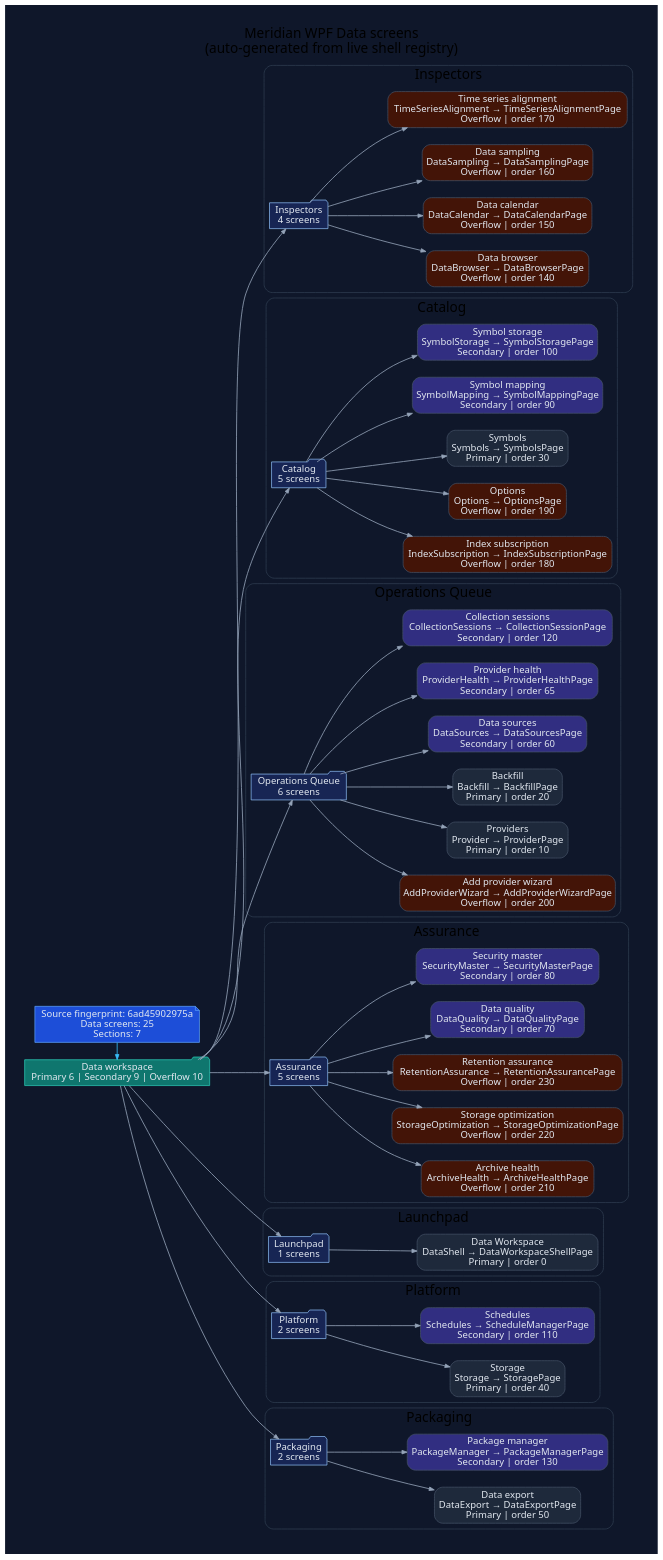
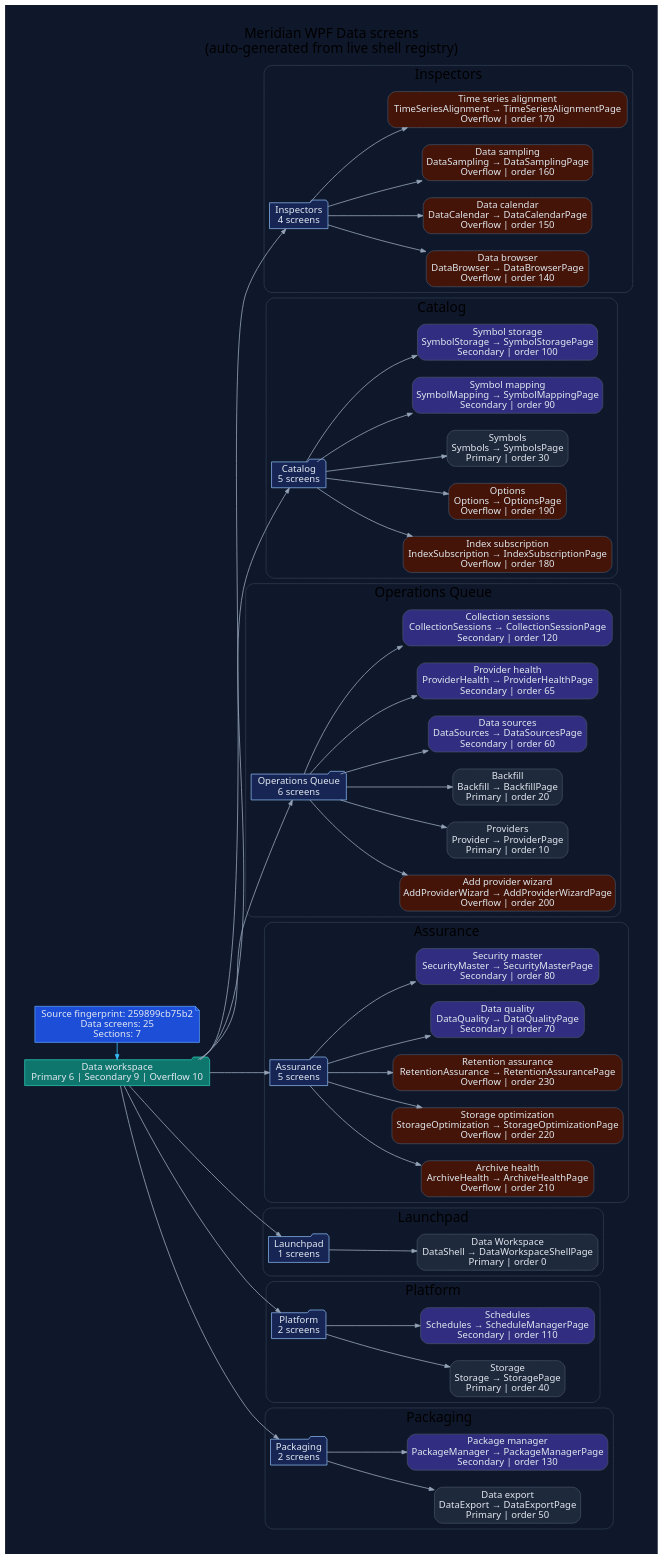
One commit to rodoHasArrived/Meridian-main changed the diagram in docs/diagrams/ui/ui-wpf-screens-data.dot. Above: the diagram before and after it, drawn with Graphviz. The commit also changed 183 other files, not shown here.

```diff
--- a/docs/diagrams/ui/ui-wpf-screens-data.dot
+++ b/docs/diagrams/ui/ui-wpf-screens-data.dot
@@ -1,132 +1,132 @@
 // -----------------------------------------------------------------------------
 // <auto-generated>
 // Generated by scripts/generate-diagrams.mjs.
 // Do not edit this file directly; update the WPF source files instead.
 // -----------------------------------------------------------------------------
 digraph WpfDataScreens {
   graph [
     rankdir=LR,
     labelloc=t,
     label="Meridian WPF Data screens\n(auto-generated from live shell registry)",
     fontname="Segoe UI",
     fontsize=20,
     pad=0.4,
     nodesep=0.35,
     ranksep=0.85,
     bgcolor="#0f172a"
   ];
   node [fontname="Segoe UI", shape=box, style="rounded,filled", color="#475569", fontcolor="#e2e8f0", fillcolor="#1e293b"];
   edge [fontname="Segoe UI", color="#94a3b8", penwidth=1.2, arrowsize=0.75];
 
-  generated [shape=note, fillcolor="#1d4ed8", color="#60a5fa", label="Source fingerprint: 6ad45902975a\nData screens: 25\nSections: 7"];
+  generated [shape=note, fillcolor="#1d4ed8", color="#60a5fa", label="Source fingerprint: 259899cb75b2\nData screens: 25\nSections: 7"];
   workspace [shape=folder, fillcolor="#0f766e", color="#2dd4bf", label="Data workspace\nPrimary 6 | Secondary 9 | Overflow 10"];
   generated -> workspace [color="#38bdf8"];
 
   subgraph cluster_section_1 {
     label="Inspectors";
     color="#334155";
     style="rounded";
     section_1 [shape=folder, fillcolor="#172554", color="#93c5fd", label="Inspectors\n4 screens"];
     workspace -> section_1;
     screen_DataBrowser [fillcolor="#431407", label="Data browser\nDataBrowser → DataBrowserPage\nOverflow | order 140"];
     section_1 -> screen_DataBrowser;
     screen_DataCalendar [fillcolor="#431407", label="Data calendar\nDataCalendar → DataCalendarPage\nOverflow | order 150"];
     section_1 -> screen_DataCalendar;
     screen_DataSampling [fillcolor="#431407", label="Data sampling\nDataSampling → DataSamplingPage\nOverflow | order 160"];
     section_1 -> screen_DataSampling;
     screen_TimeSeriesAlignment [fillcolor="#431407", label="Time series alignment\nTimeSeriesAlignment → TimeSeriesAlignmentPage\nOverflow | order 170"];
     section_1 -> screen_TimeSeriesAlignment;
   }
 
   subgraph cluster_section_2 {
     label="Catalog";
     color="#334155";
     style="rounded";
     section_2 [shape=folder, fillcolor="#172554", color="#93c5fd", label="Catalog\n5 screens"];
     workspace -> section_2;
     screen_IndexSubscription [fillcolor="#431407", label="Index subscription\nIndexSubscription → IndexSubscriptionPage\nOverflow | order 180"];
     section_2 -> screen_IndexSubscription;
     screen_Options [fillcolor="#431407", label="Options\nOptions → OptionsPage\nOverflow | order 190"];
     section_2 -> screen_Options;
     screen_Symbols [fillcolor="#1e293b", label="Symbols\nSymbols → SymbolsPage\nPrimary | order 30"];
     section_2 -> screen_Symbols;
     screen_SymbolMapping [fillcolor="#312e81", label="Symbol mapping\nSymbolMapping → SymbolMappingPage\nSecondary | order 90"];
     section_2 -> screen_SymbolMapping;
     screen_SymbolStorage [fillcolor="#312e81", label="Symbol storage\nSymbolStorage → SymbolStoragePage\nSecondary | order 100"];
     section_2 -> screen_SymbolStorage;
   }
 
   subgraph cluster_section_3 {
     label="Operations Queue";
     color="#334155";
     style="rounded";
     section_3 [shape=folder, fillcolor="#172554", color="#93c5fd", label="Operations Queue\n6 screens"];
     workspace -> section_3;
     screen_AddProviderWizard [fillcolor="#431407", label="Add provider wizard\nAddProviderWizard → AddProviderWizardPage\nOverflow | order 200"];
     section_3 -> screen_AddProviderWizard;
     screen_Provider [fillcolor="#1e293b", label="Providers\nProvider → ProviderPage\nPrimary | order 10"];
     section_3 -> screen_Provider;
     screen_Backfill [fillcolor="#1e293b", label="Backfill\nBackfill → BackfillPage\nPrimary | order 20"];
     section_3 -> screen_Backfill;
     screen_DataSources [fillcolor="#312e81", label="Data sources\nDataSources → DataSourcesPage\nSecondary | order 60"];
     section_3 -> screen_DataSources;
     screen_ProviderHealth [fillcolor="#312e81", label="Provider health\nProviderHealth → ProviderHealthPage\nSecondary | order 65"];
     section_3 -> screen_ProviderHealth;
     screen_CollectionSessions [fillcolor="#312e81", label="Collection sessions\nCollectionSessions → CollectionSessionPage\nSecondary | order 120"];
     section_3 -> screen_CollectionSessions;
   }
 
   subgraph cluster_section_4 {
     label="Assurance";
     color="#334155";
     style="rounded";
     section_4 [shape=folder, fillcolor="#172554", color="#93c5fd", label="Assurance\n5 screens"];
     workspace -> section_4;
     screen_ArchiveHealth [fillcolor="#431407", label="Archive health\nArchiveHealth → ArchiveHealthPage\nOverflow | order 210"];
     section_4 -> screen_ArchiveHealth;
     screen_StorageOptimization [fillcolor="#431407", label="Storage optimization\nStorageOptimization → StorageOptimizationPage\nOverflow | order 220"];
     section_4 -> screen_StorageOptimization;
     screen_RetentionAssurance [fillcolor="#431407", label="Retention assurance\nRetentionAssurance → RetentionAssurancePage\nOverflow | order 230"];
     section_4 -> screen_RetentionAssurance;
     screen_DataQuality [fillcolor="#312e81", label="Data quality\nDataQuality → DataQualityPage\nSecondary | order 70"];
     section_4 -> screen_DataQuality;
     screen_SecurityMaster [fillcolor="#312e81", label="Security master\nSecurityMaster → SecurityMasterPage\nSecondary | order 80"];
     section_4 -> screen_SecurityMaster;
   }
 
   subgraph cluster_section_5 {
     label="Launchpad";
     color="#334155";
     style="rounded";
     section_5 [shape=folder, fillcolor="#172554", color="#93c5fd", label="Launchpad\n1 screens"];
     workspace -> section_5;
     screen_DataShell [fillcolor="#1e293b", label="Data Workspace\nDataShell → DataWorkspaceShellPage\nPrimary | order 0"];
     section_5 -> screen_DataShell;
   }
 
   subgraph cluster_section_6 {
     label="Platform";
     color="#334155";
     style="rounded";
     section_6 [shape=folder, fillcolor="#172554", color="#93c5fd", label="Platform\n2 screens"];
     workspace -> section_6;
     screen_Storage [fillcolor="#1e293b", label="Storage\nStorage → StoragePage\nPrimary | order 40"];
     section_6 -> screen_Storage;
     screen_Schedules [fillcolor="#312e81", label="Schedules\nSchedules → ScheduleManagerPage\nSecondary | order 110"];
     section_6 -> screen_Schedules;
   }
 
   subgraph cluster_section_7 {
     label="Packaging";
     color="#334155";
     style="rounded";
     section_7 [shape=folder, fillcolor="#172554", color="#93c5fd", label="Packaging\n2 screens"];
     workspace -> section_7;
     screen_DataExport [fillcolor="#1e293b", label="Data export\nDataExport → DataExportPage\nPrimary | order 50"];
     section_7 -> screen_DataExport;
     screen_PackageManager [fillcolor="#312e81", label="Package manager\nPackageManager → PackageManagerPage\nSecondary | order 130"];
     section_7 -> screen_PackageManager;
   }
 
   { rank=min; generated; workspace; }
 }
```
